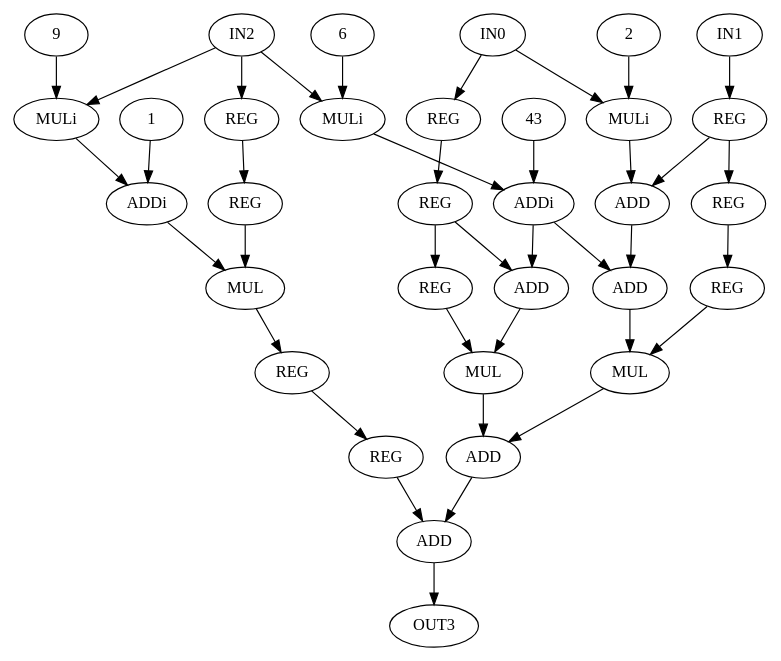
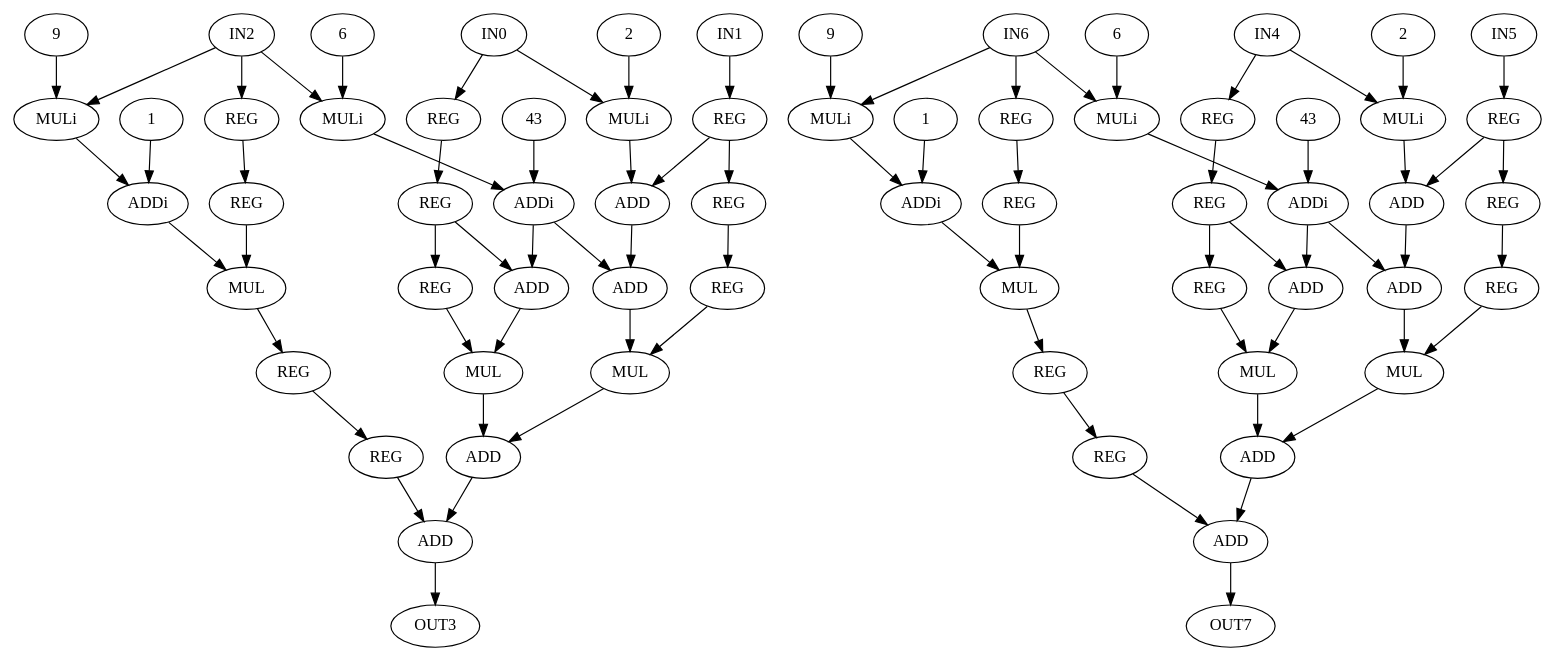
One commit to lesc-ufv/fdam changed the diagram in fdam-samples/fdam-cgra-samples/cgra_128_radix8/sw/cpp/dot_dataflows/mibench.dot. Above: the diagram before and after it, drawn with Graphviz. The commit also changed 78 other files, not shown here.

```diff
--- a/fdam-samples/fdam-cgra-samples/cgra_128_radix8/sw/cpp/dot_dataflows/mibench.dot
+++ b/fdam-samples/fdam-cgra-samples/cgra_128_radix8/sw/cpp/dot_dataflows/mibench.dot
@@ -1,71 +1,140 @@
 digraph mibench{
  0 [ label = IN0 ]
  1 [ label = IN1 ]
  2 [ label = IN2 ]
  3 [ label = OUT3 ]
- 4 [ label = REG]
- 5 [ label = REG]
- 6 [ label = REG]
- 7 [ label = REG]
+ 4 [ label = IN4 ]
+ 5 [ label = IN5 ]
+ 6 [ label = IN6 ]
+ 7 [ label = OUT7 ]
  8 [ label = REG]
  9 [ label = REG]
  10 [ label = REG]
  11 [ label = REG]
  12 [ label = REG]
  13 [ label = REG]
- 14 [ label = MULi, VALUE = 9]
- "14.9"[ label = 9 ]
- 15 [ label = MULi, VALUE = 6]
- "15.6"[ label = 6 ]
- 16 [ label = MULi, VALUE = 2]
- "16.2"[ label = 2 ]
- 17 [ label = ADDi, VALUE = 1]
- "17.1"[ label = 1 ]
- 18 [ label = ADDi, VALUE = 43]
- "18.43"[ label = 43 ]
- 19 [ label = ADD]
- 20 [ label = MUL]
- 21 [ label = ADD]
- 22 [ label = ADD]
- 23 [ label = MUL]
+ 14 [ label = REG]
+ 15 [ label = REG]
+ 16 [ label = REG]
+ 17 [ label = REG]
+ 18 [ label = MULi, VALUE = 9]
+ "18.9"[ label = 9 ]
+ 19 [ label = MULi, VALUE = 6]
+ "19.6"[ label = 6 ]
+ 20 [ label = MULi, VALUE = 2]
+ "20.2"[ label = 2 ]
+ 21 [ label = ADDi, VALUE = 1]
+ "21.1"[ label = 1 ]
+ 22 [ label = ADDi, VALUE = 43]
+ "22.43"[ label = 43 ]
+ 23 [ label = ADD]
  24 [ label = MUL]
  25 [ label = ADD]
  26 [ label = ADD]
- 0 -> 16
- 0 -> 6
- 1 -> 9
- 2 -> 14
- 2 -> 15
- 2 -> 4
- 4 -> 5
- 5 -> 20
- 6 -> 7
- 7 -> 8
- 7 -> 21
- 8 -> 23
- 9 -> 10
- 9 -> 19
+ 27 [ label = MUL]
+ 28 [ label = MUL]
+ 29 [ label = ADD]
+ 30 [ label = ADD]
+ 31 [ label = REG]
+ 32 [ label = REG]
+ 33 [ label = REG]
+ 34 [ label = REG]
+ 35 [ label = REG]
+ 36 [ label = REG]
+ 37 [ label = REG]
+ 38 [ label = REG]
+ 39 [ label = REG]
+ 40 [ label = REG]
+ 41 [ label = MULi, VALUE = 9]
+ "41.9"[ label = 9 ]
+ 42 [ label = MULi, VALUE = 6]
+ "42.6"[ label = 6 ]
+ 43 [ label = MULi, VALUE = 2]
+ "43.2"[ label = 2 ]
+ 44 [ label = ADDi, VALUE = 1]
+ "44.1"[ label = 1 ]
+ 45 [ label = ADDi, VALUE = 43]
+ "45.43"[ label = 43 ]
+ 46 [ label = ADD]
+ 47 [ label = MUL]
+ 48 [ label = ADD]
+ 49 [ label = ADD]
+ 50 [ label = MUL]
+ 51 [ label = MUL]
+ 52 [ label = ADD]
+ 53 [ label = ADD]
+ 0 -> 20
+ 0 -> 10
+ 1 -> 13
+ 2 -> 18
+ 2 -> 19
+ 2 -> 8
+ 4 -> 43
+ 4 -> 33
+ 5 -> 36
+ 6 -> 41
+ 6 -> 42
+ 6 -> 31
+ 8 -> 9
+ 9 -> 24
  10 -> 11
- 11 -> 24
- 12 -> 13
- 13 -> 26
- "14.9" -> 14
- 14 -> 17
- "15.6" -> 15
- 15 -> 18
- "16.2" -> 16
- 16 -> 19
- "17.1" -> 17
- 17 -> 20
- "18.43" -> 18
+ 11 -> 12
+ 11 -> 25
+ 12 -> 27
+ 13 -> 14
+ 13 -> 23
+ 14 -> 15
+ 15 -> 28
+ 16 -> 17
+ 17 -> 30
+ "18.9" -> 18
  18 -> 21
- 18 -> 22
+ "19.6" -> 19
  19 -> 22
- 20 -> 12
- 21 -> 23
- 22 -> 24
- 23 -> 25
- 24 -> 25
- 25 -> 26
- 26 -> 3
+ "20.2" -> 20
+ 20 -> 23
+ "21.1" -> 21
+ 21 -> 24
+ "22.43" -> 22
+ 22 -> 25
+ 22 -> 26
+ 23 -> 26
+ 24 -> 16
+ 25 -> 27
+ 26 -> 28
+ 27 -> 29
+ 28 -> 29
+ 29 -> 30
+ 30 -> 3
+ 31 -> 32
+ 32 -> 47
+ 33 -> 34
+ 34 -> 35
+ 34 -> 48
+ 35 -> 50
+ 36 -> 37
+ 36 -> 46
+ 37 -> 38
+ 38 -> 51
+ 39 -> 40
+ 40 -> 53
+ "41.9" -> 41
+ 41 -> 44
+ "42.6" -> 42
+ 42 -> 45
+ "43.2" -> 43
+ 43 -> 46
+ "44.1" -> 44
+ 44 -> 47
+ "45.43" -> 45
+ 45 -> 48
+ 45 -> 49
+ 46 -> 49
+ 47 -> 39
+ 48 -> 50
+ 49 -> 51
+ 50 -> 52
+ 51 -> 52
+ 52 -> 53
+ 53 -> 7
 }
```
